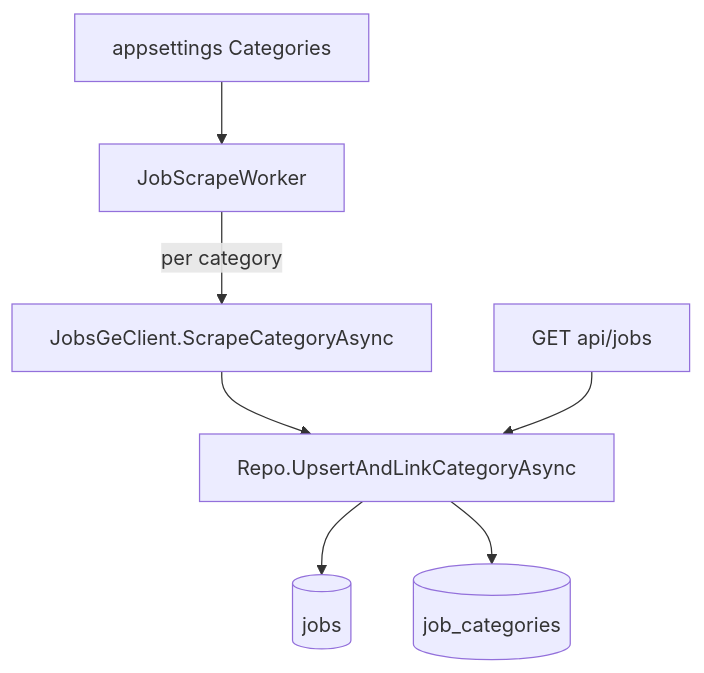
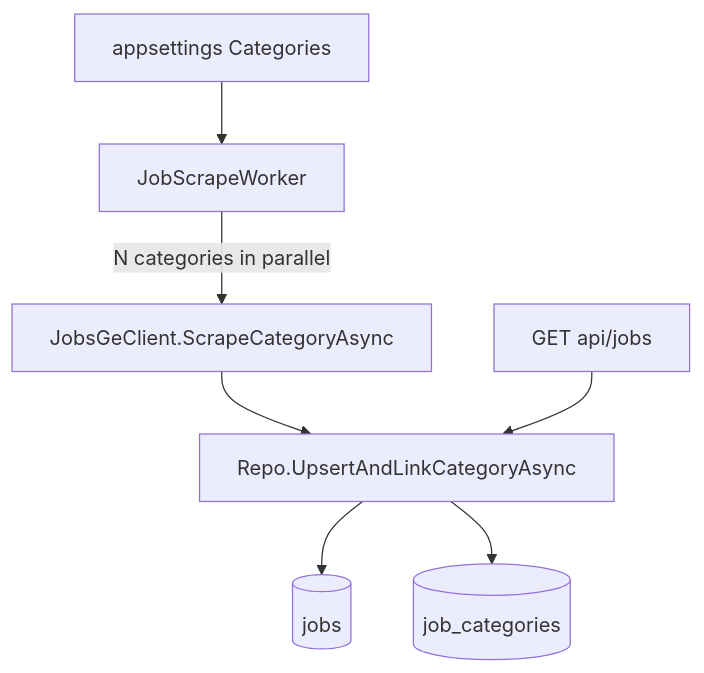
One commit to gotsiridzes/JobsGeParser changed the diagram in Readme.MD. Above: the diagram before and after it, drawn with Mermaid. The commit also changed other lines of this file and 7 other files, not shown here.

````diff
--- a/Readme.MD
+++ b/Readme.MD
@@ -37,9 +37,9 @@
 ```mermaid
 flowchart TB
     Config[appsettings Categories] --> Worker[JobScrapeWorker]
-    Worker -->|"per category"| Client[JobsGeClient.ScrapeCategoryAsync]
+    Worker -->|"N categories in parallel"| Client[JobsGeClient.ScrapeCategoryAsync]
     Client --> Repo[Repo.UpsertAndLinkCategoryAsync]
     Repo --> Jobs[(jobs)]
     Repo --> JobCategories[(job_categories)]
     Endpoints[GET api/jobs] --> Repo
 ```
````
